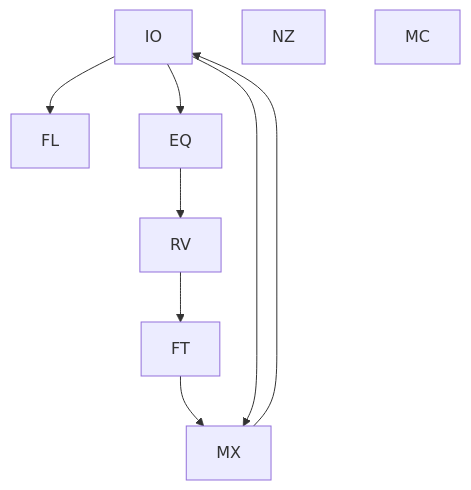
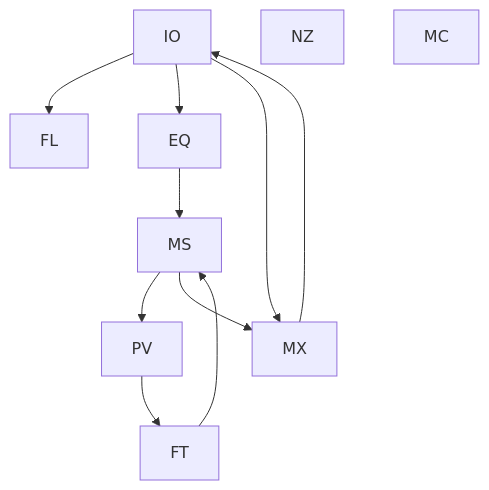
The tenth of 19 diagrams in README.md (acumartini/dectet-public), drawn with Mermaid before and after one commit. The commit also changed other lines of this file, not shown here.

````diff
--- a/README.md
+++ b/README.md
@@ -1287,9 +1280,8 @@
 ```mermaid
 flowchart TD
   IO-->FL
-  IO-->EQ-->RV-->FT-->MX
+  IO-->EQ-->MS-->PV-->FT-->MS-->MX-->IO
   IO-->MX
-  MX-->IO
   NZ
   MC
 ```
````
